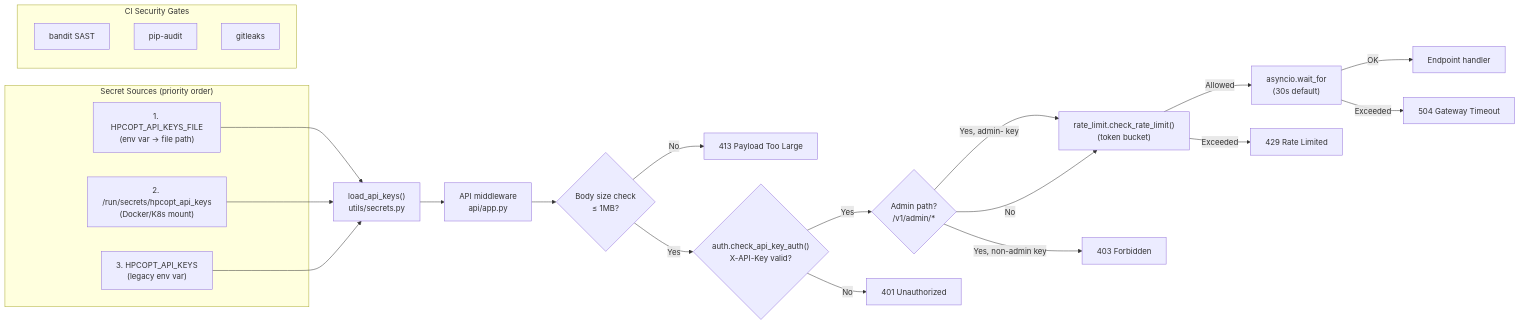
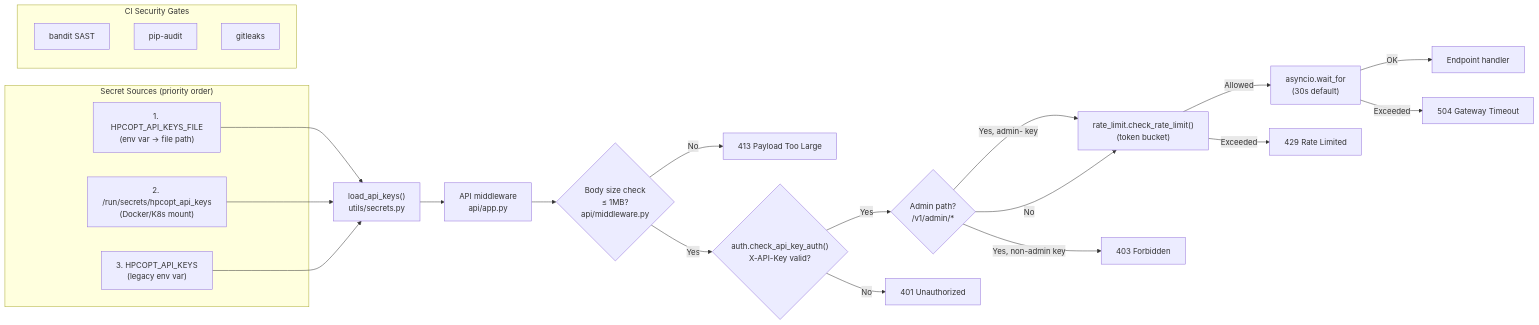
The fifth of 8 diagrams in README.md (ErenAri/HCP-workload-optimizer), drawn with Mermaid before and after one commit. The commit also changed other lines of this file and 3 other files, not shown here.

````diff
--- a/README.md
+++ b/README.md
@@ -244,32 +244,32 @@
 ```mermaid
 flowchart LR
   subgraph Sources["Secret Sources (priority order)"]
     F1["1. HPCOPT_API_KEYS_FILE<br/>(env var -> file path)"]
     F2["2. /run/secrets/hpcopt_api_keys<br/>(Docker/K8s mount)"]
     F3["3. HPCOPT_API_KEYS<br/>(legacy env var)"]
   end
 
   F1 --> LOAD["load_api_keys()<br/>utils/secrets.py"]
   F2 --> LOAD
   F3 --> LOAD
 
   LOAD --> MW["API middleware<br/>api/app.py"]
-  MW --> BODY{"Body size check<br/>≤ 1MB?"}
+  MW --> BODY{"Body size check<br/>≤ 1MB?<br/>api/middleware.py"}
   BODY -->|"No"| R413["413 Payload Too Large"]
   BODY -->|"Yes"| AUTH{"auth.check_api_key_auth()<br/>X-API-Key valid?"}
   AUTH -->|"Yes"| ADMIN{"Admin path?<br/>/v1/admin/*"}
   AUTH -->|"No"| R401["401 Unauthorized"]
   ADMIN -->|"Yes, admin- key"| RATE["rate_limit.check_rate_limit()<br/>(token bucket)"]
   ADMIN -->|"Yes, non-admin key"| R403["403 Forbidden"]
   ADMIN -->|"No"| RATE
   RATE -->|"Allowed"| TIMEOUT["asyncio.wait_for<br/>(30s default)"]
   TIMEOUT -->|"OK"| HANDLER["Endpoint handler"]
   TIMEOUT -->|"Exceeded"| R504["504 Gateway Timeout"]
   RATE -->|"Exceeded"| R429["429 Rate Limited"]
 
   subgraph CI["CI Security Gates"]
     BANDIT["bandit SAST"]
     AUDIT2["pip-audit"]
     GITLEAKS["gitleaks"]
   end
 ```
````
